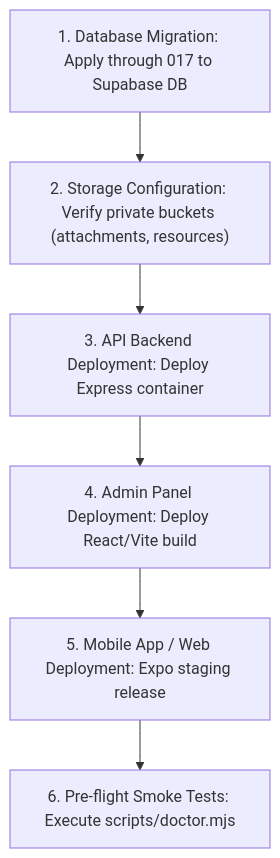
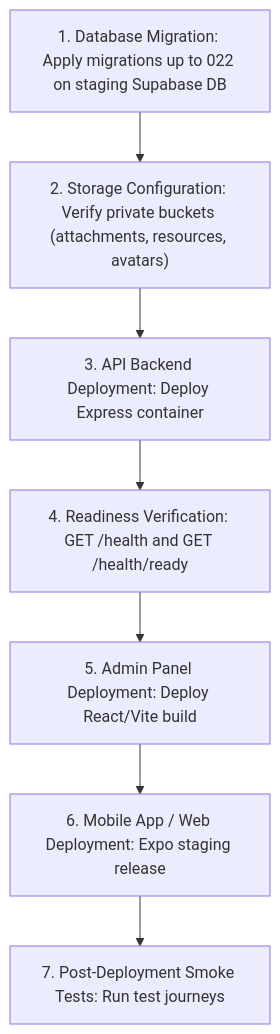
One commit to zenbijoy/SKILLBRIDGE-VERSION-01 changed the diagram in docs/STAGING_RUNBOOK.md. Above: the diagram before and after it, drawn with Mermaid. The commit also changed other lines of this file and 109 other files, not shown here.

````diff
--- a/docs/STAGING_RUNBOOK.md
+++ b/docs/STAGING_RUNBOOK.md
@@ -39,8 +62,9 @@
 ```mermaid
 graph TD
-    Step1["1. Database Migration: Apply through 017 to Supabase DB"] --> Step2["2. Storage Configuration: Verify private buckets (attachments, resources)"]
+    Step1["1. Database Migration: Apply migrations up to 022 on staging Supabase DB"] --> Step2["2. Storage Configuration: Verify private buckets (attachments, resources, avatars)"]
     Step2 --> Step3["3. API Backend Deployment: Deploy Express container"]
-    Step3 --> Step4["4. Admin Panel Deployment: Deploy React/Vite build"]
-    Step4 --> Step5["5. Mobile App / Web Deployment: Expo staging release"]
-    Step5 --> Step6["6. Pre-flight Smoke Tests: Execute scripts/doctor.mjs"]
+    Step3 --> Step4["4. Readiness Verification: GET /health and GET /health/ready"]
+    Step4 --> Step5["5. Admin Panel Deployment: Deploy React/Vite build"]
+    Step5 --> Step6["6. Mobile App / Web Deployment: Expo staging release"]
+    Step6 --> Step7["7. Post-Deployment Smoke Tests: Run test journeys"]
 ```
````
